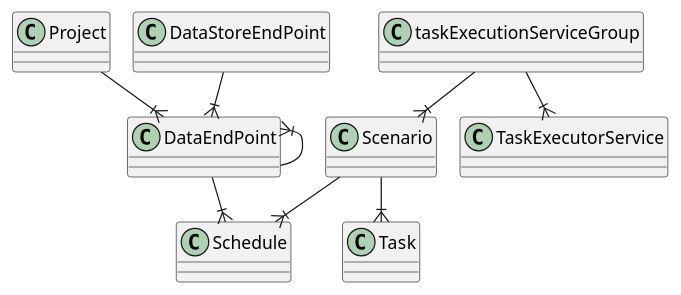
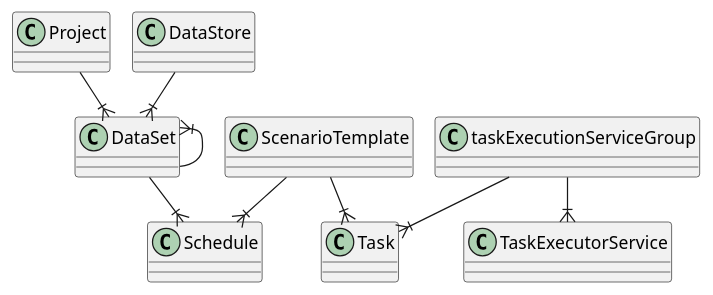
One commit to zaytsevdmitry/lakehouse changed the second of 4 diagrams in doc/dataProcessConfig.MD. Above: the diagram before and after it, drawn with PlantUML. The commit also changed other lines of this file and 57 other files, not shown here.

````diff
--- a/doc/dataProcessConfig.MD
+++ b/doc/dataProcessConfig.MD
@@ -36,12 +37,12 @@
 ```plantuml
 !pragma layout smetana
 
-Project --|{ DataEndPoint
-DataStoreEndPoint --|{ DataEndPoint
-DataEndPoint --|{ Schedule
-Scenario --|{ Schedule
-Scenario --|{ Task
-DataEndPoint }|-- DataEndPoint
-taskExecutionServiceGroup  --|{ Scenario
+Project --|{ DataSet
+DataStore --|{ DataSet
+DataSet --|{ Schedule
+ScenarioTemplate --|{ Schedule
+ScenarioTemplate --|{ Task
+DataSet }|-- DataSet
+taskExecutionServiceGroup  --|{ Task
 taskExecutionServiceGroup --|{ TaskExecutorService 
 ```
````
